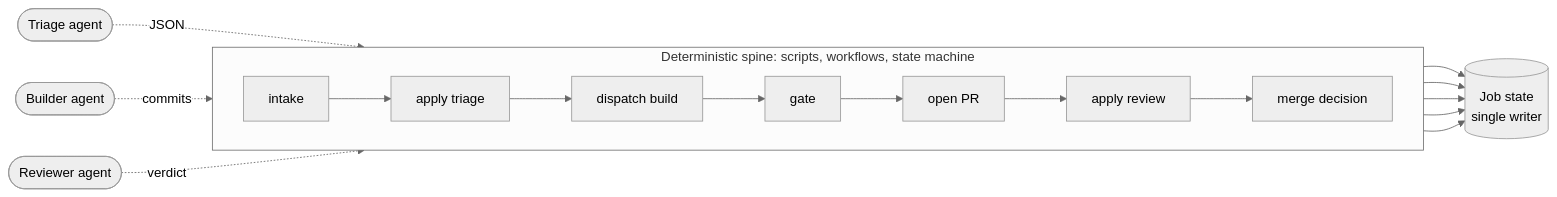
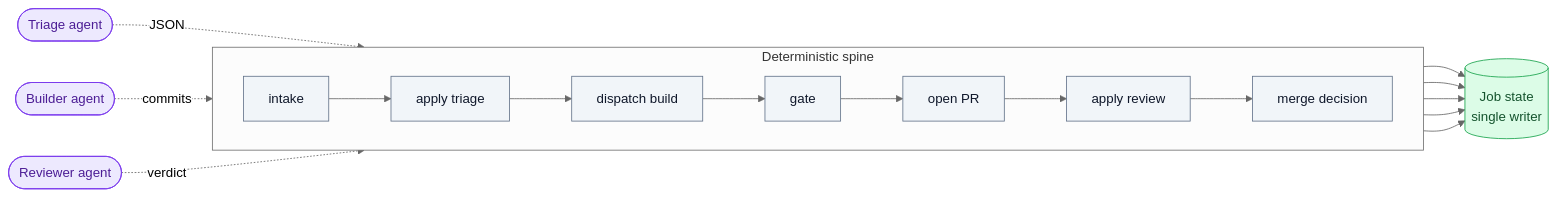
Before and after one commit to icelink-ai/software-factory-manifesto: the diagram in docs/02-deterministic-spine/README.md, drawn with Mermaid (neutral theme). The commit also changed other lines of this file and 73 other files, not shown here.

````diff
--- a/docs/02-deterministic-spine/README.md
+++ b/docs/02-deterministic-spine/README.md
@@ -37,11 +47,16 @@
 ```mermaid
 flowchart LR
-    subgraph Spine["Deterministic spine: scripts, workflows, state machine"]
+    subgraph Spine["Deterministic spine"]
         direction LR
-        S1[intake] --> S2[apply triage] --> S3[dispatch build] --> S4[gate] --> S5[open PR] --> S6[apply review] --> S7[merge decision]
+        S1["intake"]:::script --> S2["apply triage"]:::script --> S3["dispatch build"]:::script --> S4["gate"]:::script --> S5["open PR"]:::script --> S6["apply review"]:::script --> S7["merge decision"]:::script
     end
-    A1(["Triage agent"]) -. JSON .-> S2
-    A2(["Builder agent"]) -. commits .-> S4
-    A3(["Reviewer agent"]) -. verdict .-> S6
-    S2 & S3 & S5 & S6 & S7 --> JOB[("Job state<br/>single writer")]
+    A1(["Triage agent"]):::agent -. JSON .-> S2
+    A2(["Builder agent"]):::agent -. commits .-> S4
+    A3(["Reviewer agent"]):::agent -. verdict .-> S6
+    S2 & S3 & S5 & S6 & S7 --> JOB[("Job state<br/>single writer")]:::state
+    classDef person fill:#dbeafe,stroke:#2563eb,color:#1e3a8a
+    classDef script fill:#f1f5f9,stroke:#64748b,color:#0f172a
+    classDef agent fill:#ede9fe,stroke:#7c3aed,color:#4c1d95
+    classDef state fill:#dcfce7,stroke:#16a34a,color:#14532d
+    classDef stop fill:#ffedd5,stroke:#ea580c,color:#7c2d12
 ```
````
